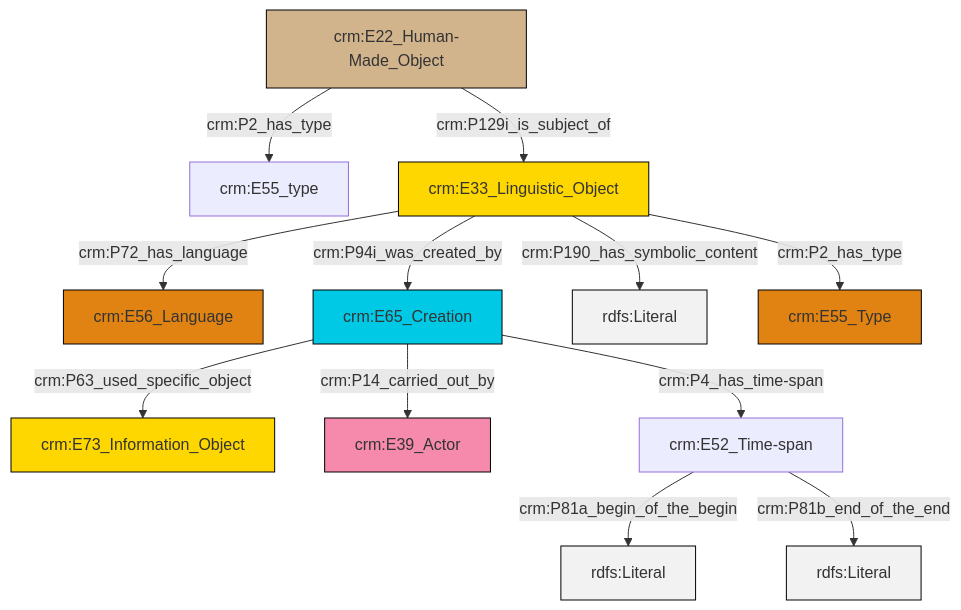
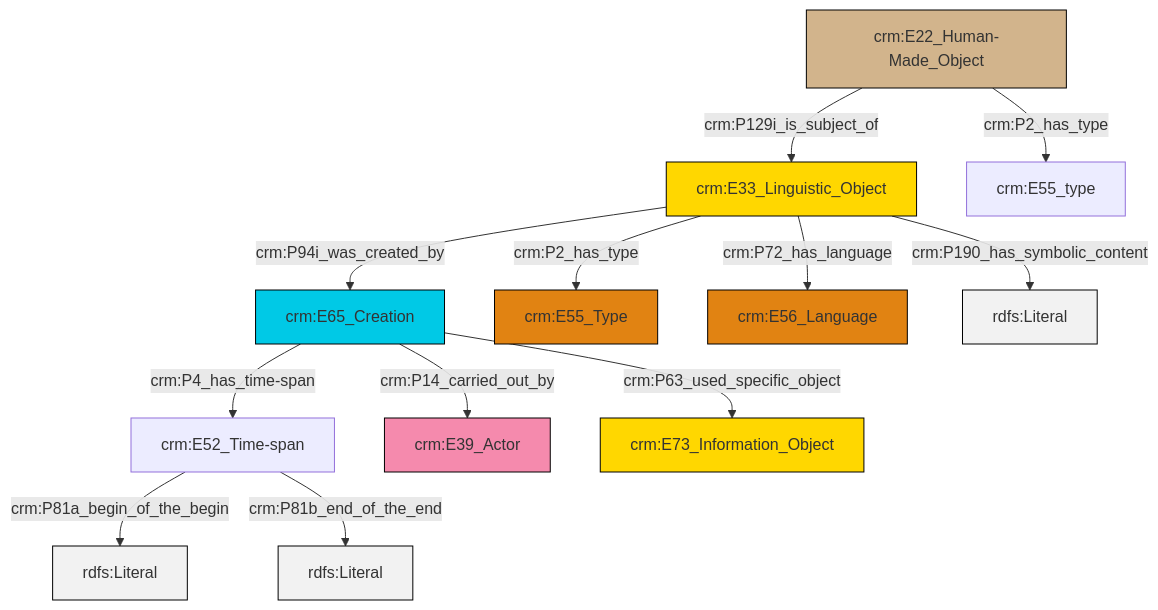
The diagram in et/artworkCSV/ttl/mmd/Artwork_Description.ttl.mmd (swiss-art-research-net/docs.swissartresearch), drawn with Mermaid before and after one commit. The commit also changed 177 other files, not shown here.

```diff
--- a/et/artworkCSV/ttl/mmd/Artwork_Description.ttl.mmd
+++ b/et/artworkCSV/ttl/mmd/Artwork_Description.ttl.mmd
@@ -1,26 +1,26 @@
 graph TD
 classDef Literal fill:#f2f2f2,stroke:#000000;
 classDef CRM_Entity fill:#FFFFFF,stroke:#000000;
 classDef Temporal_Entity fill:#00C9E6, stroke:#000000;
 classDef Type fill:#E18312, stroke:#000000;
 classDef Time-Span fill:#2C9C91, stroke:#000000;
 classDef Appellation fill:#FFEB7F, stroke:#000000;
 classDef Place fill:#008836, stroke:#000000;
 classDef Persistent_Item fill:#B266B2, stroke:#000000;
 classDef Conceptual_Object fill:#FFD700, stroke:#000000;
 classDef Physical_Thing fill:#D2B48C, stroke:#000000;
 classDef Actor fill:#f58aad, stroke:#000000;
 classDef PC_Classes fill:#4ce600, stroke:#000000;
 classDef Multi fill:#cccccc,stroke:#000000;
 
-8["crm:E65_Creation"]:::Temporal_Entity -->|crm:P14_carried_out_by| 9["crm:E39_Actor"]:::Actor
-10["crm:E33_Linguistic_Object"]:::Conceptual_Object -->|crm:P190_has_symbolic_content| 11[rdfs:Literal]:::Literal
-10["crm:E33_Linguistic_Object"]:::Conceptual_Object -->|crm:P2_has_type| 15["crm:E55_Type"]:::Type
-6["crm:E22_Human-Made_Object"]:::Physical_Thing -->|crm:P129i_is_subject_of| 10["crm:E33_Linguistic_Object"]:::Conceptual_Object
-10["crm:E33_Linguistic_Object"]:::Conceptual_Object -->|crm:P72_has_language| 4["crm:E56_Language"]:::Type
-13["crm:E52_Time-span"]:::Default -->|crm:P81a_begin_of_the_begin| 16[rdfs:Literal]:::Literal
-8["crm:E65_Creation"]:::Temporal_Entity -->|crm:P63_used_specific_object| 2["crm:E73_Information_Object"]:::Conceptual_Object
-13["crm:E52_Time-span"]:::Default -->|crm:P81b_end_of_the_end| 19[rdfs:Literal]:::Literal
-6["crm:E22_Human-Made_Object"]:::Physical_Thing -->|crm:P2_has_type| 0["crm:E55_type"]:::Default
-10["crm:E33_Linguistic_Object"]:::Conceptual_Object -->|crm:P94i_was_created_by| 8["crm:E65_Creation"]:::Temporal_Entity
-8["crm:E65_Creation"]:::Temporal_Entity -->|crm:P4_has_time-span| 13["crm:E52_Time-span"]:::Default
+0["crm:E33_Linguistic_Object"]:::Conceptual_Object -->|crm:P94i_was_created_by| 1["crm:E65_Creation"]:::Temporal_Entity
+1["crm:E65_Creation"]:::Temporal_Entity -->|crm:P4_has_time-span| 7["crm:E52_Time-span"]:::Default
+2["crm:E22_Human-Made_Object"]:::Physical_Thing -->|crm:P2_has_type| 8["crm:E55_type"]:::Default
+2["crm:E22_Human-Made_Object"]:::Physical_Thing -->|crm:P129i_is_subject_of| 0["crm:E33_Linguistic_Object"]:::Conceptual_Object
+0["crm:E33_Linguistic_Object"]:::Conceptual_Object -->|crm:P72_has_language| 12["crm:E56_Language"]:::Type
+0["crm:E33_Linguistic_Object"]:::Conceptual_Object -->|crm:P2_has_type| 5["crm:E55_Type"]:::Type
+7["crm:E52_Time-span"]:::Default -->|crm:P81a_begin_of_the_begin| 14[rdfs:Literal]:::Literal
+0["crm:E33_Linguistic_Object"]:::Conceptual_Object -->|crm:P190_has_symbolic_content| 15[rdfs:Literal]:::Literal
+7["crm:E52_Time-span"]:::Default -->|crm:P81b_end_of_the_end| 16[rdfs:Literal]:::Literal
+1["crm:E65_Creation"]:::Temporal_Entity -->|crm:P14_carried_out_by| 9["crm:E39_Actor"]:::Actor
+1["crm:E65_Creation"]:::Temporal_Entity -->|crm:P63_used_specific_object| 18["crm:E73_Information_Object"]:::Conceptual_Object
```
